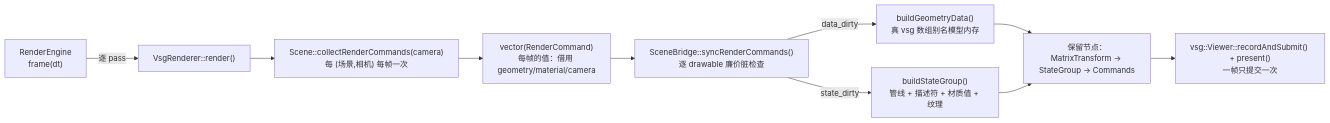
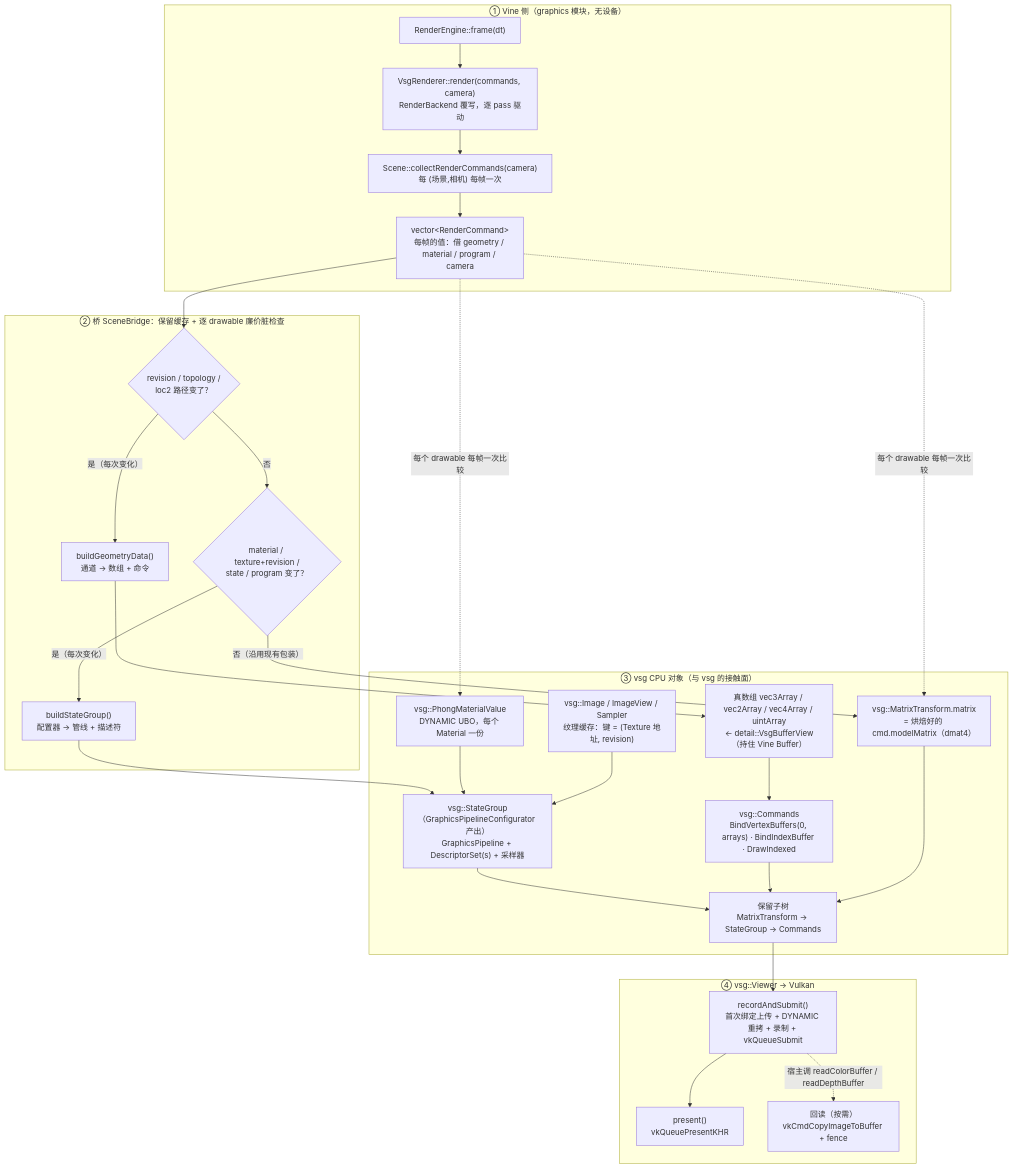
Before and after one commit to lonelyong/Vine: the diagram in src/plugins/gfx_backend_vsg/docs/backend.md, drawn with Mermaid. The commit also changed other lines of this file, not shown here.

Commit message:
docs/gfx_backend_vsg：backend.md §2 数据流改为纵向详图，显式画出与 vsg 的接触面
原来是一张横排概览图；现在纵向分四段（① Vine 侧 → ② 桥 SceneBridge → ③ vsg CPU 对象 →
④ vsg::Viewer → Vulkan），并把「只有桥这一段接触 vsg」画出来：

- ③ 段列出真实产出的 vsg 对象：真数组（vec3Array/vec2Array/vec4Array/uintArray ← VsgBufferView）、
  vsg::Commands（BindVertexBuffers/BindIndexBuffer/DrawIndexed）、vsg::StateGroup（GraphicsPipeline +
  DescriptorSet + 采样器）、PhongMaterialValue（DYNAMIC UBO，按 Material 一份）、纹理
  Image/ImageView/Sampler（键 = (Texture 地址, revision)）、MatrixTransform.matrix（烘焙的 modelMatrix）
  以及保留子树 MatrixTransform → StateGroup → Commands。
- ④ 段画出上传/录制/提交/呈现/按需回读，并标出每帧一次的路径与"宿主按需"的路径。
- 新增 §2.1「每一步产出什么、发生多少次」表（9 步，含每帧一次 vs 每次变化一次 vs 按需）。
- 新增 §2.2「上传路径」表：静态顶点/索引只传一次、opacity 载体与材质值是 DYNAMIC 脏计数驱动、
  纹理按 (地址, revision) 重传。
- §2.3 保留四条一句话概括（含"顶点是别名而非拷贝"）。

纯文档改动：ninja 无工作可做。

````diff
--- a/src/plugins/gfx_backend_vsg/docs/backend.md
+++ b/src/plugins/gfx_backend_vsg/docs/backend.md
@@ -42,12 +45,47 @@
 ```mermaid
-graph LR
-    E["RenderEngine<br/>frame(dt)"] -->|逐 pass| R["VsgRenderer::render()"]
-    R --> S["Scene::collectRenderCommands(camera)<br/>每 (场景,相机) 每帧一次"]
-    S --> C["vector(RenderCommand)<br/>每帧的值：借用 geometry/material/camera"]
-    C --> B["SceneBridge::syncRenderCommands()<br/>逐 drawable 廉价脏检查"]
-    B -->|data_dirty| G["buildGeometryData()<br/>真 vsg 数组别名模型内存"]
-    B -->|state_dirty| P["buildStateGroup()<br/>管线 + 描述符 + 材质值 + 纹理"]
-    G --> N["保留节点：MatrixTransform → StateGroup → Commands"]
-    P --> N
-    N --> V["vsg::Viewer::recordAndSubmit() + present()<br/>一帧只提交一次"]
+graph TB
+    subgraph L1["① Vine 侧（graphics 模块，无设备）"]
+        E["RenderEngine::frame(dt)"]
+        R["VsgRenderer::render(commands, camera)<br/>RenderBackend 覆写，逐 pass 驱动"]
+        S["Scene::collectRenderCommands(camera)<br/>每 (场景,相机) 每帧一次"]
+        C["vector&lt;RenderCommand&gt;<br/>每帧的值：借 geometry / material / program / camera"]
+    end
+
+    subgraph L2["② 桥 SceneBridge：保留缓存 + 逐 drawable 廉价脏检查"]
+        K1{"revision / topology /<br/>loc2 路径变了？"}
+        KD["buildGeometryData()<br/>通道 → 数组 + 命令"]
+        K2{"material / texture+revision /<br/>state / program 变了？"}
+        KB["buildStateGroup()<br/>配置器 → 管线 + 描述符"]
+    end
+
+    subgraph L3["③ vsg CPU 对象（与 vsg 的接触面）"]
+        ARR["真数组 vec3Array / vec2Array / vec4Array / uintArray<br/>← detail::VsgBufferView（持住 Vine Buffer）"]
+        CMD["vsg::Commands<br/>BindVertexBuffers(0, arrays) · BindIndexBuffer · DrawIndexed"]
+        PIPE["vsg::StateGroup（GraphicsPipelineConfigurator 产出）<br/>GraphicsPipeline + DescriptorSet(s) + 采样器"]
+        MAT["vsg::PhongMaterialValue<br/>DYNAMIC UBO，每个 Material 一份"]
+        TEX["vsg::Image / ImageView / Sampler<br/>纹理缓存：键 = (Texture 地址, revision)"]
+        MT["vsg::MatrixTransform.matrix<br/>= 烘焙好的 cmd.modelMatrix（dmat4）"]
+        NODE["保留子树<br/>MatrixTransform → StateGroup → Commands"]
+    end
+
+    subgraph L4["④ vsg::Viewer → Vulkan"]
+        REC["recordAndSubmit()<br/>首次绑定上传 + DYNAMIC 重拷 + 录制 + vkQueueSubmit"]
+        PRE["present()<br/>vkQueuePresentKHR"]
+        RB["回读（按需）<br/>vkCmdCopyImageToBuffer + fence"]
+    end
+
+    E --> R --> S --> C --> K1
+    K1 -- "是（每次变化）" --> KD --> ARR --> CMD
+    K1 -- "否" --> K2
+    K2 -- "是（每次变化）" --> KB --> PIPE
+    K2 -- "否（沿用现有包装）" --> MT
+    C -. "每个 drawable 每帧一次比较" .-> MT
+    C -. "每个 drawable 每帧一次比较" .-> MAT
+    PIPE --> NODE
+    CMD --> NODE
+    MT --> NODE
+    MAT --> PIPE
+    TEX --> PIPE
+    NODE --> REC --> PRE
+    REC -. "宿主调 readColorBuffer / readDepthBuffer" .-> RB
 ```
````
